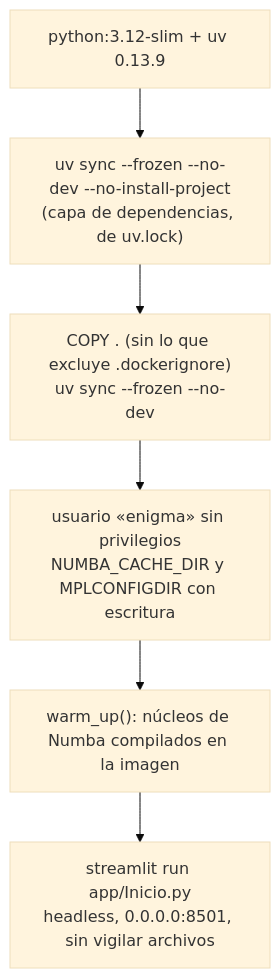
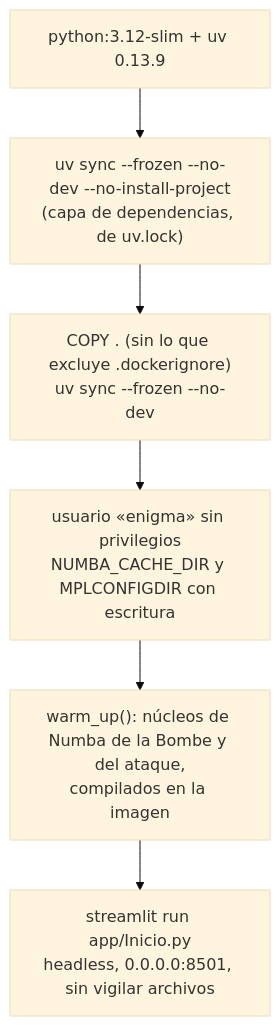
The seventh of 7 diagrams in docs/ARQUITECTURA.md (Cartosn/enigma-lab), drawn with Mermaid (base theme) before and after one commit. The commit also changed other lines of this file and 8 other files, not shown here.

````diff
--- a/docs/ARQUITECTURA.md
+++ b/docs/ARQUITECTURA.md
@@ -185,8 +227,8 @@
 ```mermaid
 flowchart TB
     base["python:3.12-slim + uv 0.13.9"] --> deps["uv sync --frozen --no-dev --no-install-project<br/>(capa de dependencias, de uv.lock)"]
     deps --> code["COPY . (sin lo que excluye .dockerignore)<br/>uv sync --frozen --no-dev"]
     code --> user["usuario «enigma» sin privilegios<br/>NUMBA_CACHE_DIR y MPLCONFIGDIR con escritura"]
-    user --> warm["warm_up(): núcleos de Numba compilados en la imagen"]
+    user --> warm["warm_up(): núcleos de Numba de la Bombe y del ataque,<br/>compilados en la imagen"]
     warm --> run["streamlit run app/Inicio.py<br/>headless, 0.0.0.0:8501, sin vigilar archivos"]
 ```
````
